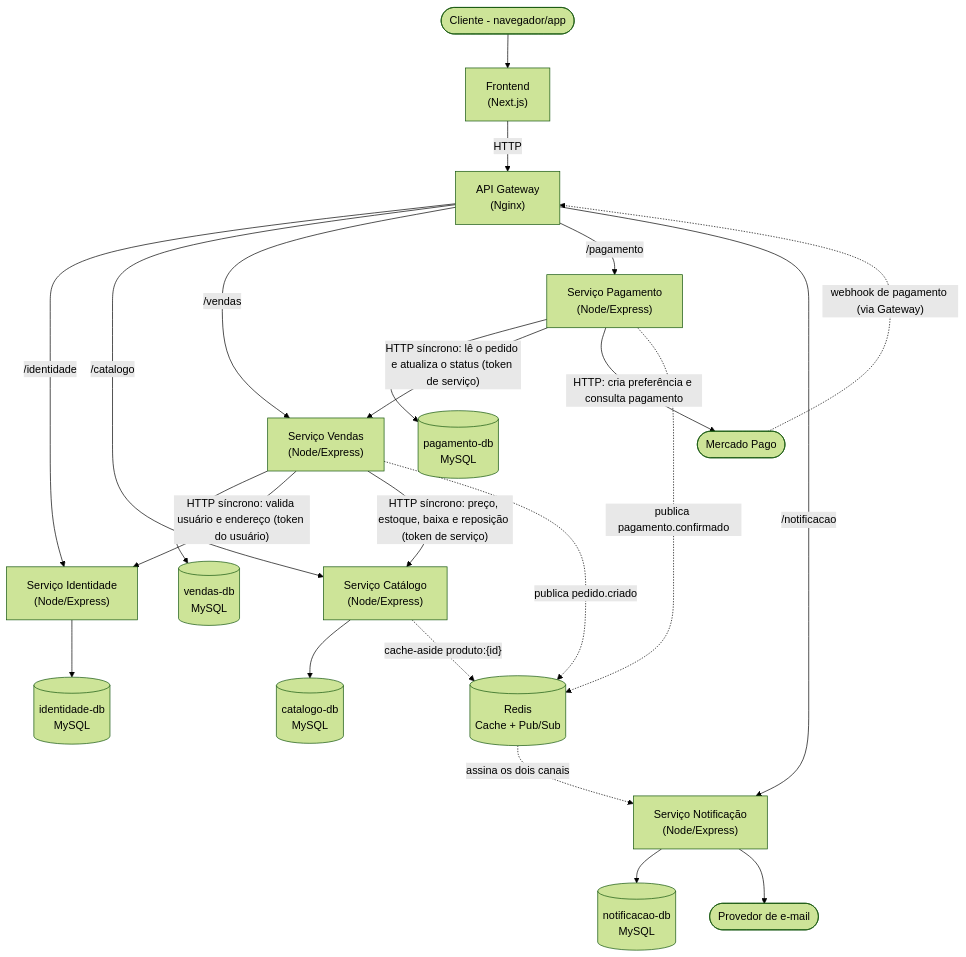
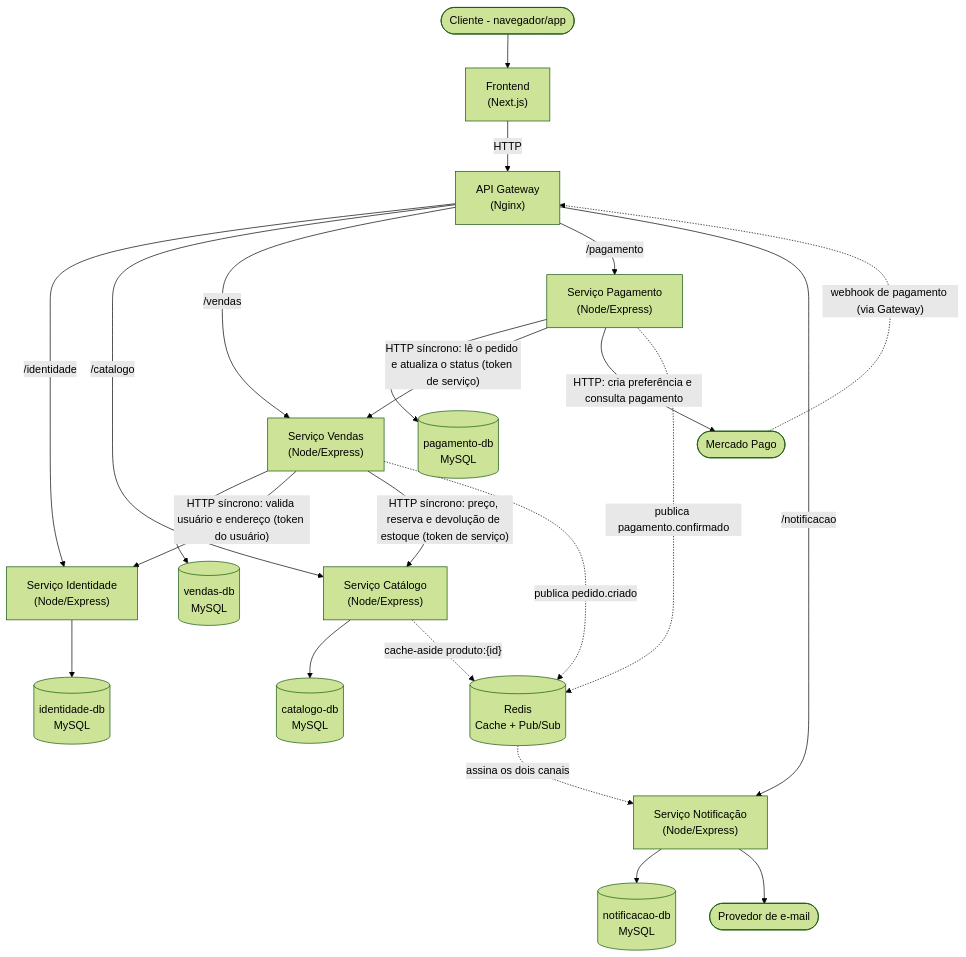
Before and after one commit to MCEcelulares/mce-celulares: the diagram in documentacao-arquiteturial/c4-containers.md, drawn with Mermaid (forest theme). The commit also changed other lines of this file and 43 other files, not shown here.

````diff
--- a/documentacao-arquiteturial/c4-containers.md
+++ b/documentacao-arquiteturial/c4-containers.md
@@ -5,50 +5,50 @@
 ```mermaid
 graph TD
     Cliente([Cliente - navegador/app])
     FE["Frontend<br/>(Next.js)"]
     GW["API Gateway<br/>(Nginx)"]
 
     SVC_ID["Serviço Identidade<br/>(Node/Express)"]
     SVC_CAT["Serviço Catálogo<br/>(Node/Express)"]
     SVC_VEN["Serviço Vendas<br/>(Node/Express)"]
     SVC_PAG["Serviço Pagamento<br/>(Node/Express)"]
     SVC_NOT["Serviço Notificação<br/>(Node/Express)"]
 
     DB_ID[("identidade-db<br/>MySQL")]
     DB_CAT[("catalogo-db<br/>MySQL")]
     DB_VEN[("vendas-db<br/>MySQL")]
     DB_PAG[("pagamento-db<br/>MySQL")]
     DB_NOT[("notificacao-db<br/>MySQL")]
 
     REDIS[("Redis<br/>Cache + Pub/Sub")]
     EMAIL([Provedor de e-mail])
     MP([Mercado Pago])
 
     Cliente --> FE
     FE -->|HTTP| GW
     GW -->|"/identidade"| SVC_ID
     GW -->|"/catalogo"| SVC_CAT
     GW -->|"/vendas"| SVC_VEN
     GW -->|"/pagamento"| SVC_PAG
     GW -->|"/notificacao"| SVC_NOT
 
     SVC_ID --> DB_ID
     SVC_CAT --> DB_CAT
     SVC_VEN --> DB_VEN
     SVC_PAG --> DB_PAG
     SVC_NOT --> DB_NOT
 
     SVC_VEN -->|"HTTP síncrono: valida usuário e endereço (token do usuário)"| SVC_ID
-    SVC_VEN -->|"HTTP síncrono: preço, estoque, baixa e reposição (token de serviço)"| SVC_CAT
+    SVC_VEN -->|"HTTP síncrono: preço, reserva e devolução de estoque (token de serviço)"| SVC_CAT
     SVC_PAG -->|"HTTP síncrono: lê o pedido e atualiza o status (token de serviço)"| SVC_VEN
     SVC_PAG -->|"HTTP: cria preferência e consulta pagamento"| MP
     MP -.->|"webhook de pagamento (via Gateway)"| GW
 
     SVC_CAT -.->|"cache-aside produto:{id}"| REDIS
 
     SVC_VEN -.->|"publica pedido.criado"| REDIS
     SVC_PAG -.->|"publica pagamento.confirmado"| REDIS
     REDIS -.->|"assina os dois canais"| SVC_NOT
 
     SVC_NOT --> EMAIL
 ```
````
